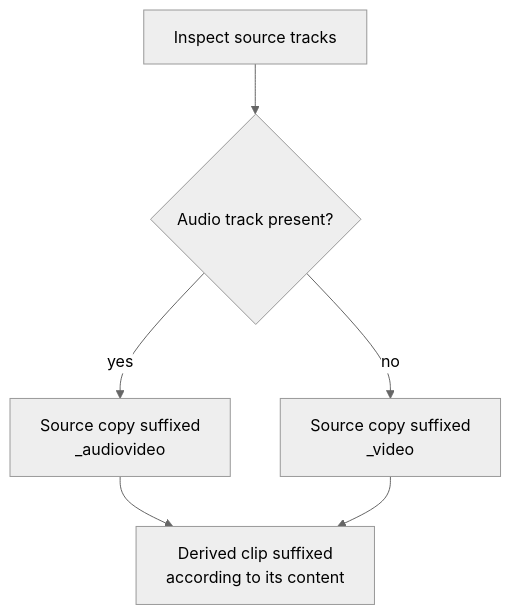
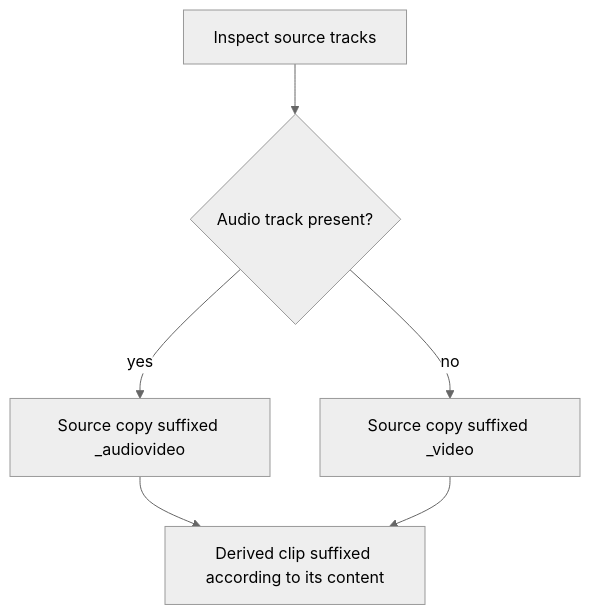
Before and after one commit to CodyCBakerPhD/BBQS-EMBER-docs: diagram 11 of 15 in user-stories/clip-extractor.md, drawn with Mermaid (neutral theme). The commit also changed other lines of this file and 1 other file, not shown here.

First line of the commit message:
Drop manual line breaks from Mermaid labels; add agent instructions

````diff
--- a/user-stories/clip-extractor.md
+++ b/user-stories/clip-extractor.md
@@ -361,8 +361,8 @@
 ```mermaid
 flowchart TD
     A[Inspect source tracks] --> B{Audio track present?}
-    B -- yes --> C[Source copy suffixed<br/>_audiovideo]
-    B -- no --> D[Source copy suffixed<br/>_video]
-    C --> E[Derived clip suffixed<br/>according to its content]
+    B -- yes --> C[Source copy suffixed _audiovideo]
+    B -- no --> D[Source copy suffixed _video]
+    C --> E[Derived clip suffixed according to its content]
     D --> E
 ```
````
